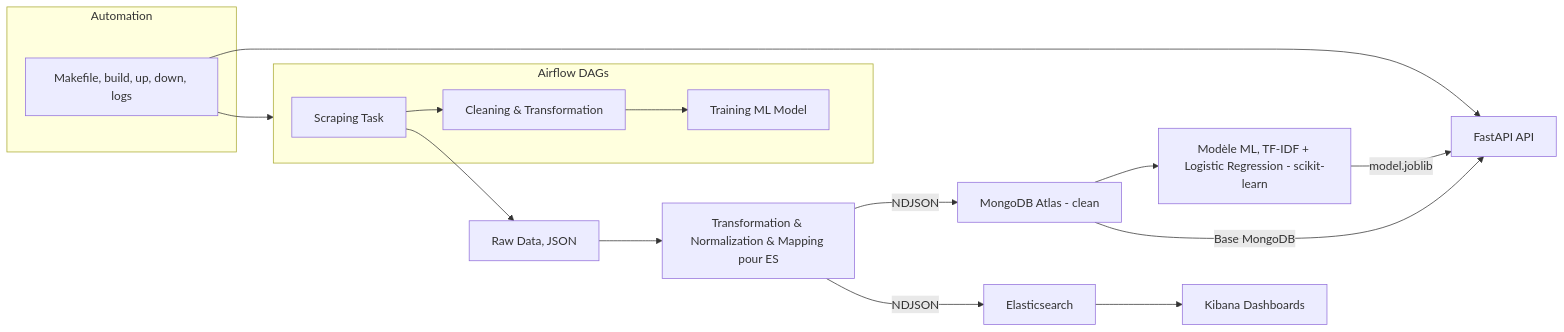
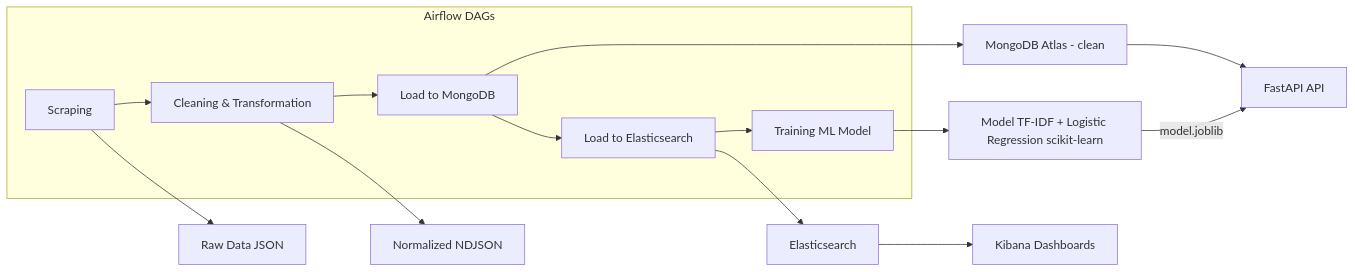
Before and after one commit to AbderraoufBou14/trustpilot-sentiment-data-pipeline: the diagram in README.md, drawn with Mermaid.

Commit message:
Revise architecture diagram in README
Updated the architecture diagram in the README to reflect changes in task names and flow.

````diff
--- a/README.md
+++ b/README.md
@@ -27,24 +27,21 @@
 ```mermaid
 flowchart LR
     subgraph A[Airflow DAGs]
-        A1[Scraping Task]
+        A1[Scraping]
         A2[Cleaning & Transformation]
-        A3[Training ML Model]
-        A1 --> A2 --> A3
+        A3[Load to MongoDB]
+        A4[Load to Elasticsearch]
+        A5[Training ML Model]
+        A1 --> A2 --> A3 --> A4 --> A5
     end
 
-    A1 --> B[Raw Data, JSON]
-    B --> C[Transformation & Normalization & Mapping pour ES]
-    C -->|NDJSON| D[MongoDB Atlas - clean]
-    C -->|NDJSON| E[Elasticsearch]
-    D --> F[Modèle ML, TF-IDF + Logistic Regression - scikit-learn]
-    D -->|Base MongoDB| G[FastAPI API]
+    A1 --> B[Raw Data JSON]
+    A2 --> C[Normalized NDJSON]
+    A3 --> D[MongoDB Atlas - clean]
+    A4 --> E[Elasticsearch]
+    A5 --> F[Model TF-IDF + Logistic Regression scikit-learn]
+    D --> G[FastAPI API]
     F -->|model.joblib| G
     E --> H[Kibana Dashboards]
 
-    subgraph I[Automation]
-        M[Makefile, build, up, down, logs]
-    end
-    M --> A
-    M --> G
 ```
````
